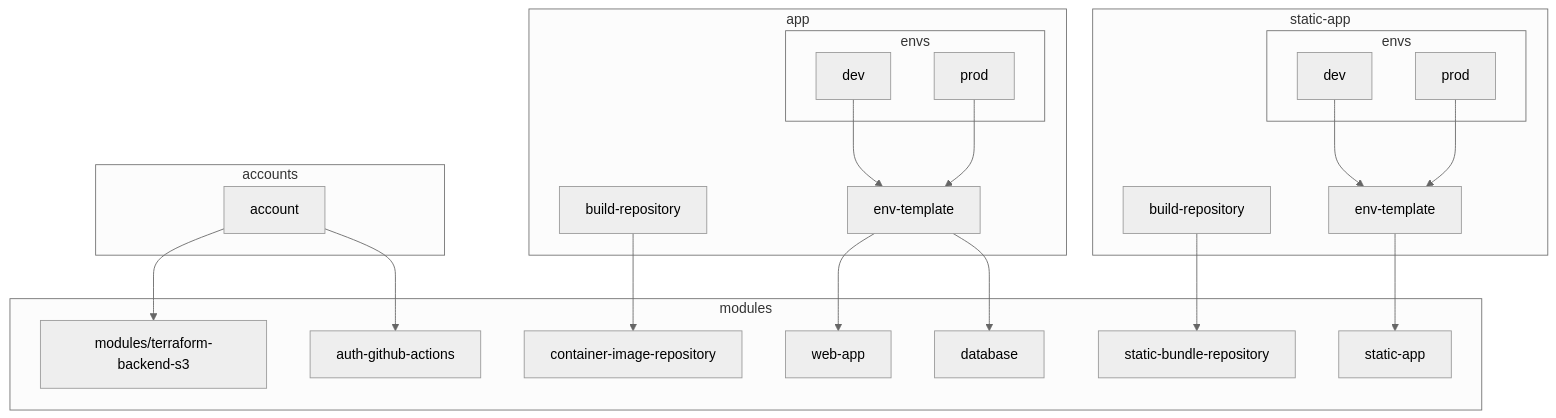
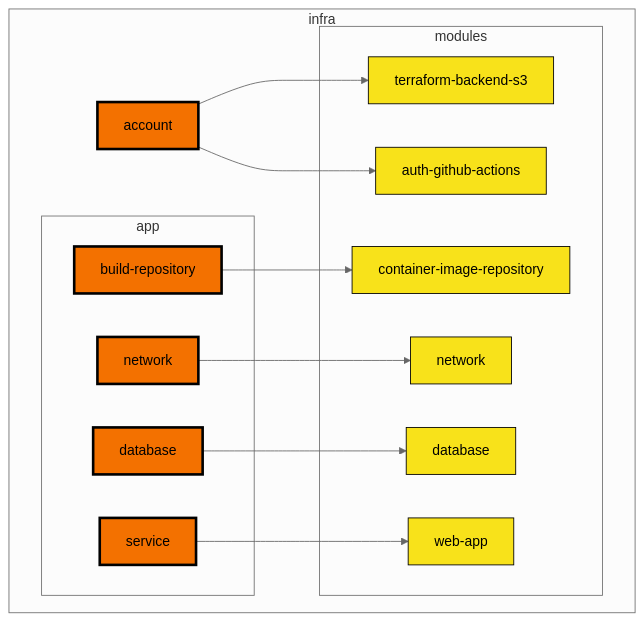
The first of 2 diagrams in docs/infra/module-architecture.md (navapbc/template-infra), drawn with Mermaid (neutral theme) before and after one commit. The commit also changed other lines of this file, not shown here.

Commit message:
Update module architecture

````diff
--- a/docs/infra/module-architecture.md
+++ b/docs/infra/module-architecture.md
@@ -28,51 +26,35 @@
 ```mermaid
 flowchart TB
 
-  subgraph accounts
-    account
-  end
+  classDef default fill:#FFF,stroke:#000
+  classDef root-module fill:#F37100,stroke-width:3,font-family:Arial
+  classDef child-module fill:#F8E21A,font-family:Arial
 
-  subgraph app
-    app/build-repository[build-repository]
-    app/env-template[env-template]
+  subgraph infra
+    account:::root-module
 
-    subgraph app/envs[envs]
-      app/envs/dev[dev]
-      app/envs/prod[prod]
+    subgraph app
+      app/build-repository[build-repository]:::root-module
+      app/network[network]:::root-module
+      app/database[database]:::root-module
+      app/service[service]:::root-module
     end
 
-    app/envs/dev --> app/env-template
-    app/envs/prod --> app/env-template
-  end
-
-  subgraph static-app
-    static-app/build-repository[build-repository]
-    static-app/env-template[env-template]
-
-    subgraph static-app/envs[envs]
-      static-app/envs/dev[dev]
-      static-app/envs/prod[prod]
+    subgraph modules
+      terraform-backend-s3:::child-module
+      auth-github-actions:::child-module
+      container-image-repository:::child-module
+      network:::child-module
+      database:::child-module
+      web-app:::child-module
     end
 
-    static-app/envs/dev --> static-app/env-template
-    static-app/envs/prod --> static-app/env-template
+    account --> terraform-backend-s3
+    account --> auth-github-actions
+    app/build-repository --> container-image-repository
+    app/network --> network
+    app/database --> database
+    app/service --> web-app
+
   end
-
-  subgraph modules
-    modules/terraform-backend-s3
-    auth-github-actions
-    container-image-repository
-    web-app
-    database
-    static-bundle-repository
-    modules/static-app[static-app]
-  end
-
-  account --> modules/terraform-backend-s3
-  account --> auth-github-actions
-  app/build-repository --> container-image-repository
-  app/env-template --> web-app
-  app/env-template --> database
-  static-app/build-repository --> static-bundle-repository
-  static-app/env-template --> modules/static-app
 ```
````
